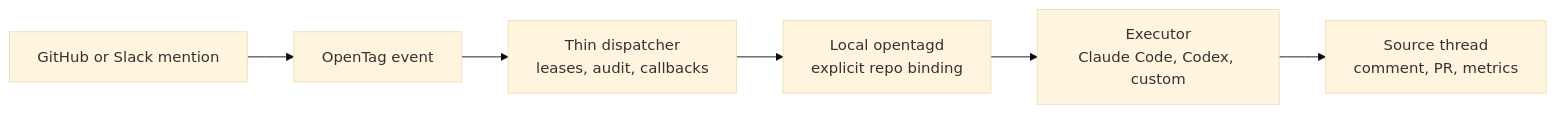
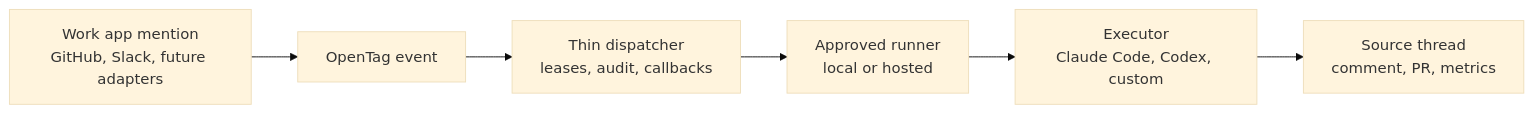
Before and after one commit to amplifthq/opentag: the diagram in README.md, drawn with Mermaid (base theme). The commit also changed other lines of this file, not shown here.

First line of the commit message:
Keep OpenTag positioning adapter-first

````diff
--- a/README.md
+++ b/README.md
@@ -49,8 +49,8 @@
 ```mermaid
 flowchart LR
-    A["GitHub or Slack mention"] --> B["OpenTag event"]
+    A["Work app mention<br/>GitHub, Slack, future adapters"] --> B["OpenTag event"]
     B --> C["Thin dispatcher<br/>leases, audit, callbacks"]
-    C --> D["Local opentagd<br/>explicit repo binding"]
+    C --> D["Approved runner<br/>local or hosted"]
     D --> E["Executor<br/>Claude Code, Codex, custom"]
     E --> F["Source thread<br/>comment, PR, metrics"]
 ```
````
